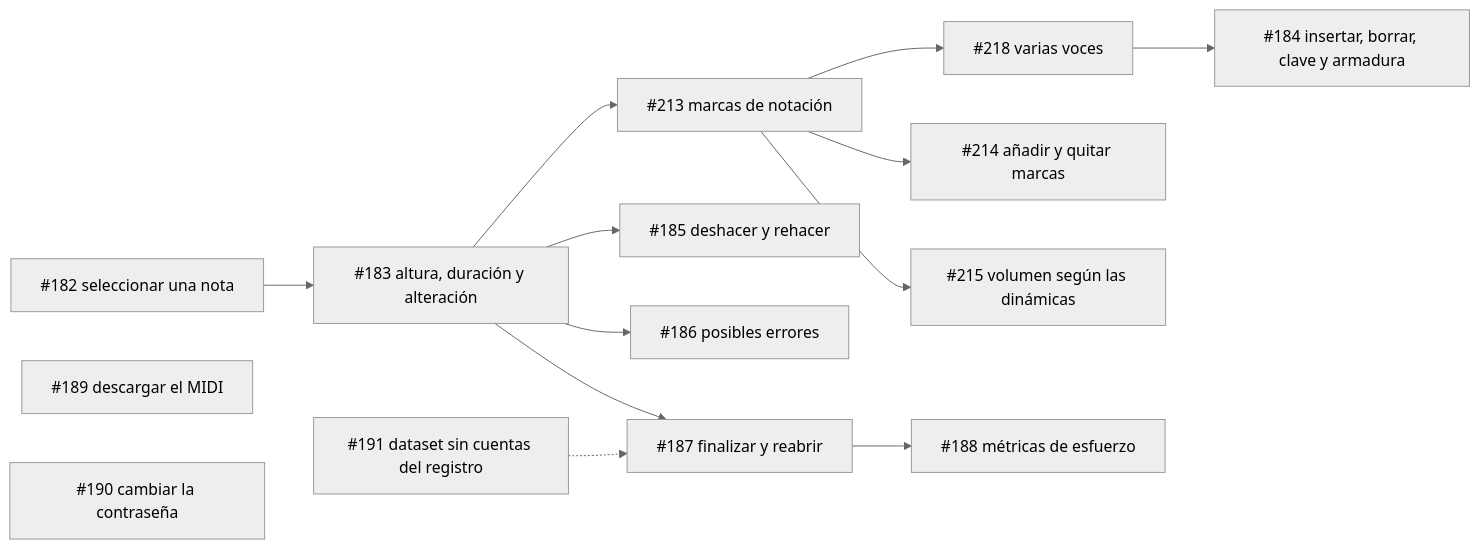
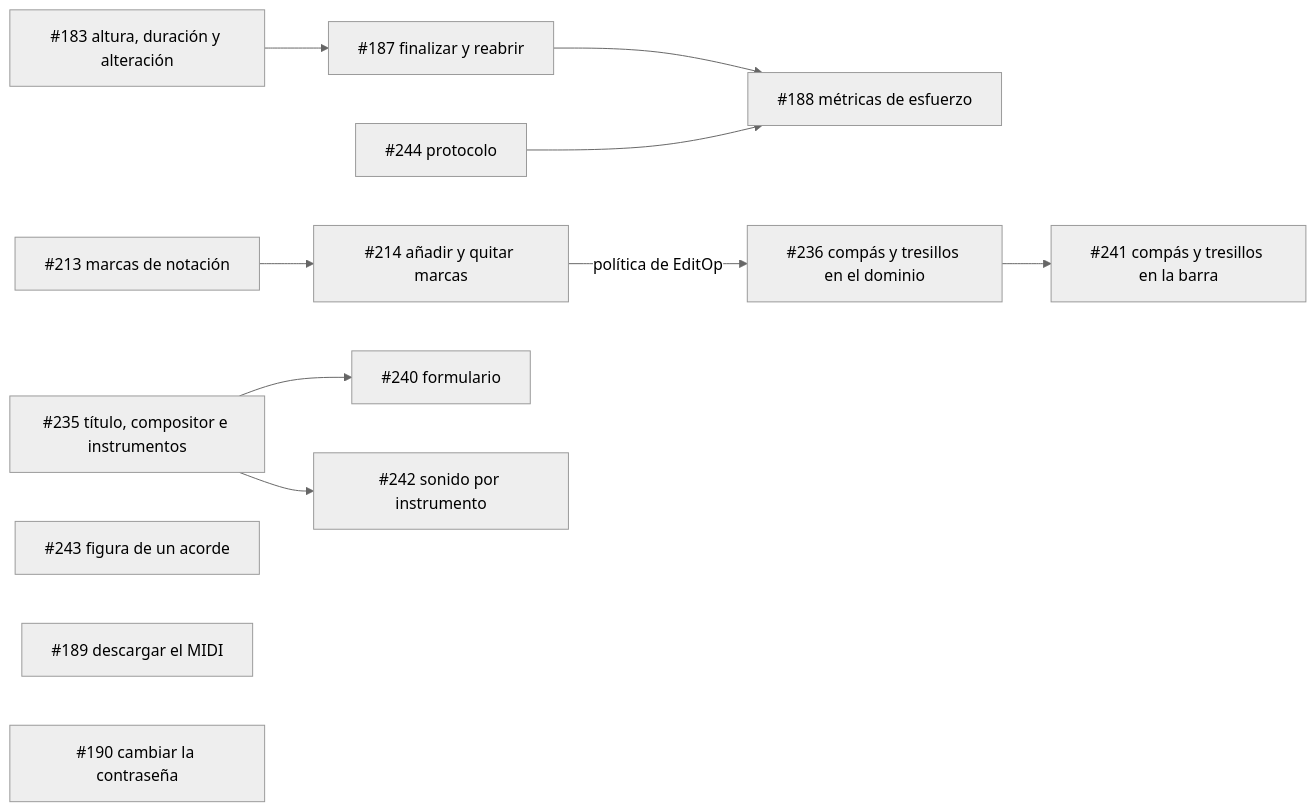
The diagram in docs/phases/phase_8_web_interface/README.md (sebdavid3/Cadenza), drawn with Mermaid (neutral theme) before and after one commit. The commit also changed other lines of this file and 9 other files, not shown here.

````diff
--- a/docs/phases/phase_8_web_interface/README.md
+++ b/docs/phases/phase_8_web_interface/README.md
@@ -59,16 +72,14 @@
 ```mermaid
 flowchart LR
-    S182["#182 seleccionar una nota"] --> S183["#183 altura, duración y alteración"]
-    S183 --> S213["#213 marcas de notación"]
-    S213 --> S218["#218 varias voces"]
-    S218 --> S184["#184 insertar, borrar, clave y armadura"]
-    S213 --> S214["#214 añadir y quitar marcas"]
-    S213 --> S215["#215 volumen según las dinámicas"]
-    S183 --> S185["#185 deshacer y rehacer"]
-    S183 --> S186["#186 posibles errores"]
-    S183 --> S187["#187 finalizar y reabrir"]
-    S191["#191 dataset sin cuentas del registro"] -.-> S187
+    S213["#213 marcas de notación"] --> S214["#214 añadir y quitar marcas"]
+    S183["#183 altura, duración y alteración"] --> S187["#187 finalizar y reabrir"]
     S187 --> S188["#188 métricas de esfuerzo"]
+    S244["#244 protocolo"] --> S188
+    S214 -->|política de EditOp| S236["#236 compás y tresillos en el dominio"]
+    S236 --> S241["#241 compás y tresillos en la barra"]
+    S235["#235 título, compositor e instrumentos"] --> S240["#240 formulario"]
+    S235 --> S242["#242 sonido por instrumento"]
+    S243["#243 figura de un acorde"]
     S189["#189 descargar el MIDI"]
     S190["#190 cambiar la contraseña"]
 ```
````
